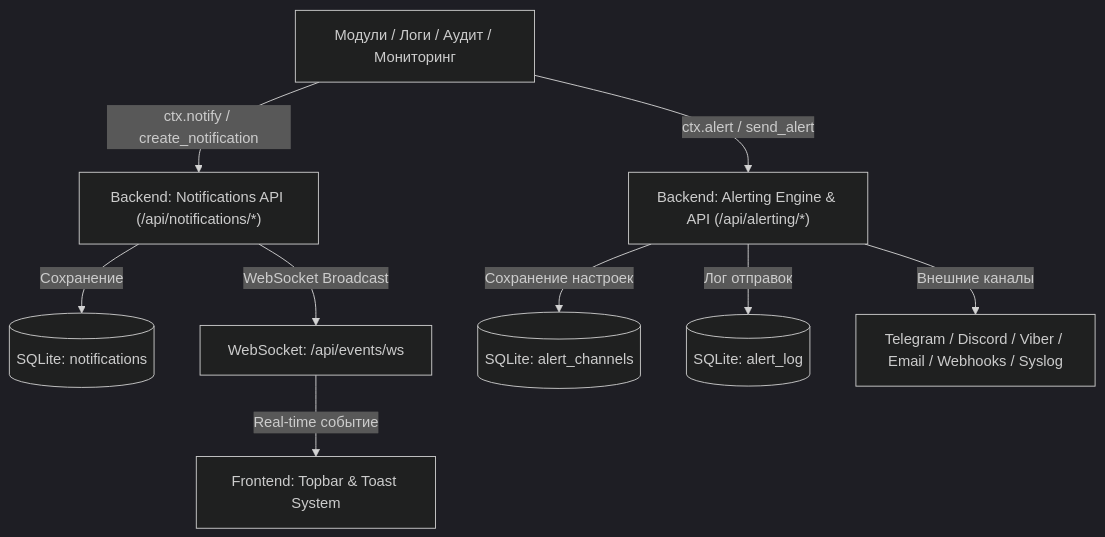
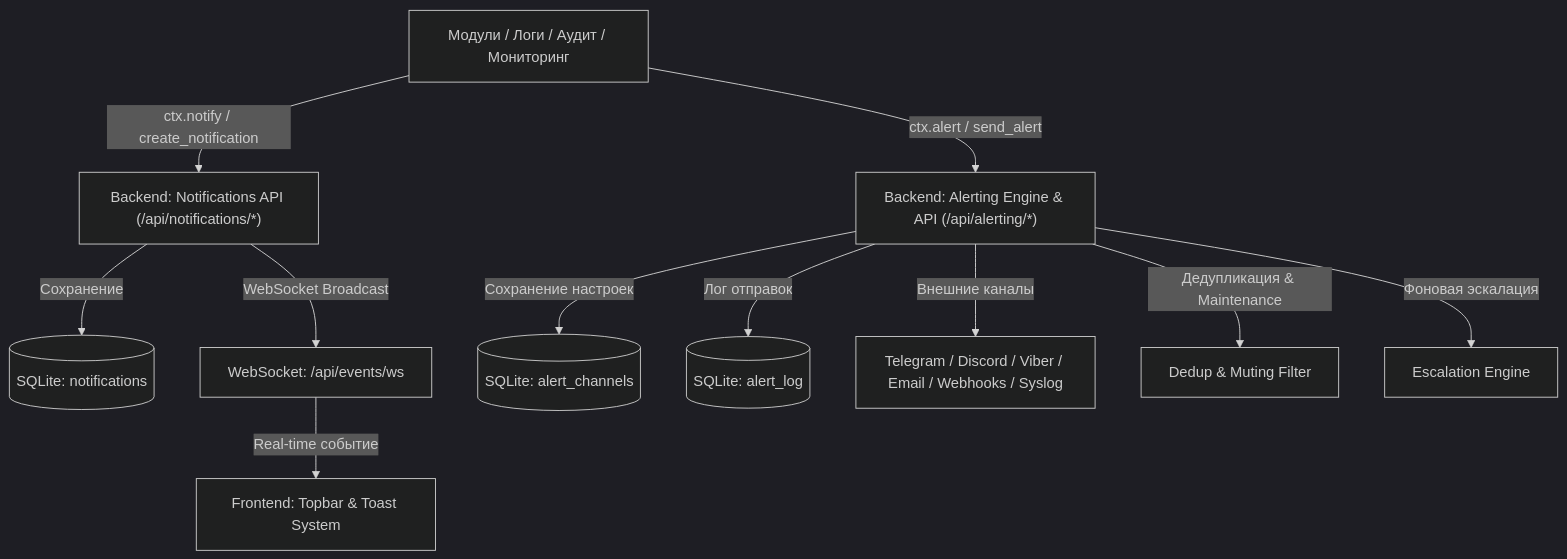
One commit to Apofixc/nms-webui changed the diagram in docs/wiki/02-usage/11-notifications-and-alerts.md. Above: the diagram before and after it, drawn with Mermaid (dark theme). The commit also changed other lines of this file and 7 other files, not shown here.

Commit message:
feat: add alert deduplication, maintenance windows, custom templates, and escalation logic to the alerting engine

````diff
--- a/docs/wiki/02-usage/11-notifications-and-alerts.md
+++ b/docs/wiki/02-usage/11-notifications-and-alerts.md
@@ -79,11 +98,13 @@
 ```mermaid
 graph TD
     Subsystems["Модули / Логи / Аудит / Мониторинг"] -->|ctx.notify / create_notification| NotifAPI["Backend: Notifications API (/api/notifications/*)"]
     Subsystems -->|ctx.alert / send_alert| AlertAPI["Backend: Alerting Engine & API (/api/alerting/*)"]
     NotifAPI -->|Сохранение| DB_Notif[("SQLite: notifications")]
     NotifAPI -->|WebSocket Broadcast| WS["WebSocket: /api/events/ws"]
     WS -->|Real-time событие| UI["Frontend: Topbar & Toast System"]
     AlertAPI -->|Сохранение настроек| DB_Channels[("SQLite: alert_channels")]
     AlertAPI -->|Лог отправок| DB_Log[("SQLite: alert_log")]
     AlertAPI -->|Внешние каналы| External["Telegram / Discord / Viber / Email / Webhooks / Syslog"]
+    AlertAPI -->|Дедупликация & Maintenance| Filter["Dedup & Muting Filter"]
+    AlertAPI -->|Фоновая эскалация| Escalation["Escalation Engine"]
 ```
````
